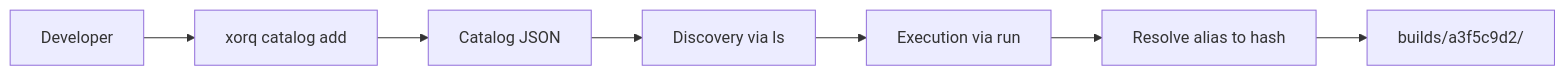
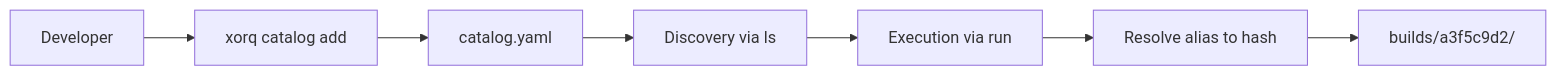
One commit to xorq-labs/xorq changed the second of 2 diagrams in docs/concepts/reproducibility/compute_catalog.qmd. Above: the diagram before and after it, drawn with Mermaid. The commit also changed other lines of this file and 17 other files, not shown here.

````diff
--- a/docs/concepts/reproducibility/compute_catalog.qmd
+++ b/docs/concepts/reproducibility/compute_catalog.qmd
@@ -88,10 +94,10 @@
 ```{mermaid}
 %%| eval: true
 graph LR
     A[Developer] --> B[xorq catalog add]
-    B --> C[Catalog JSON]
+    B --> C[catalog.yaml]
     C --> D[Discovery via ls]
     D --> E[Execution via run]
     E --> F[Resolve alias to hash]
     F --> G[builds/a3f5c9d2/]
 ```
````
